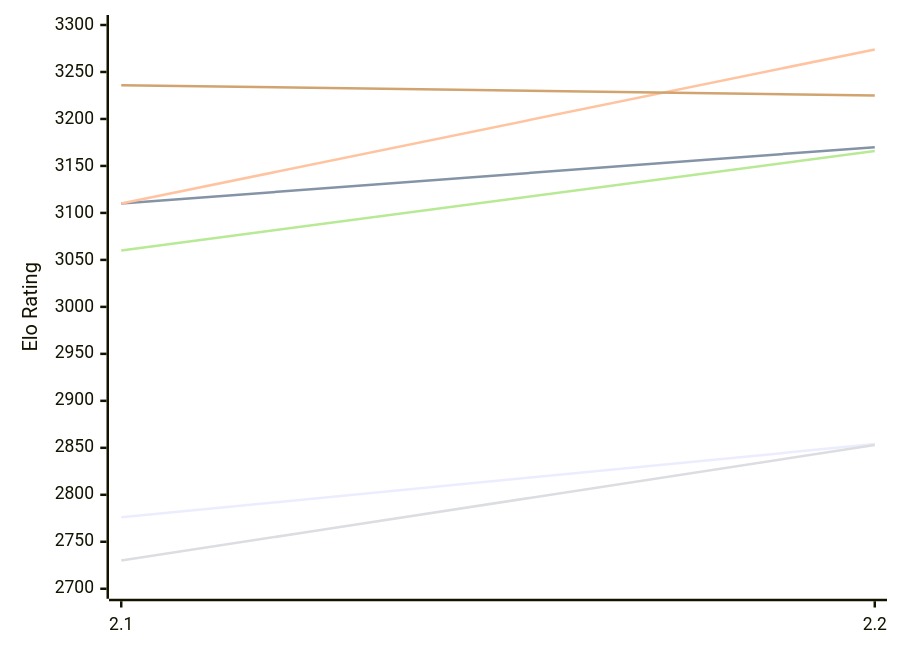
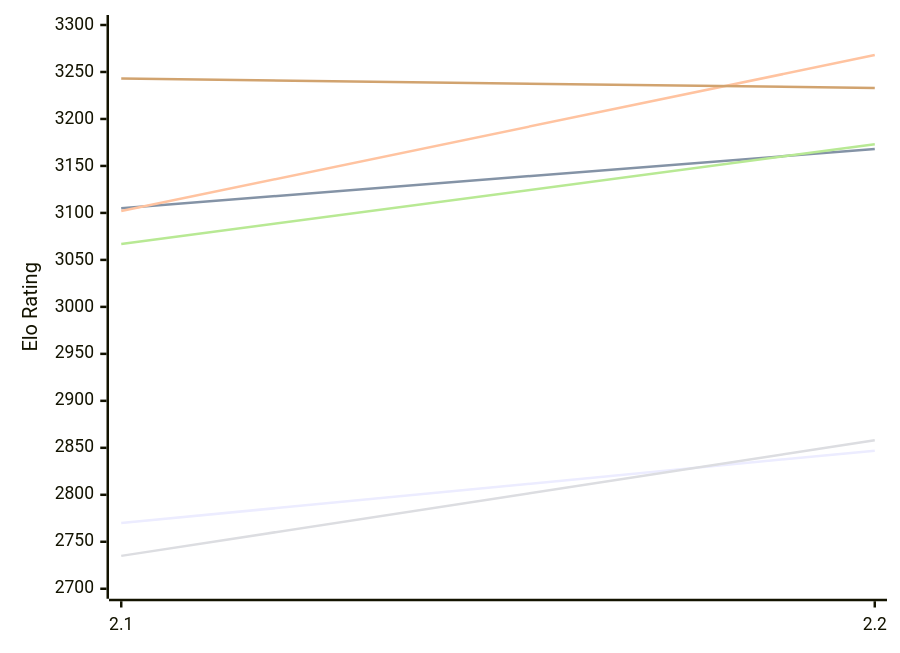
One commit to computer-chess-index/cci changed the first of 2 diagrams in engines/Tunguska.md. Above: the diagram before and after it, drawn with Mermaid. The commit also changed other lines of this file, not shown here.

Commit message:
Update CCI Ratings (ELO VLTC) - 2026-11-18

````diff
--- a/engines/Tunguska.md
+++ b/engines/Tunguska.md
@@ -51,12 +51,12 @@
 ```mermaid
 %%{init: {"theme":"base","themeVariables":{"seriesColors:['#a3a3a3','#222221','#faa371']}}}%%
 xychart-beta
   x-axis ["2.1", "2.2"]
   y-axis "Elo Rating" 2700 --> 3300
-  line "E1: STC (8.0+0.08s)" [2776, 2854]
-  line "E1: LTC (60.0+0.60s)" [3110, 3170]
-  line "E1: VLTC (2m24s+1.12s)" [3110, 3274]
-  line "P1: STC (8.0+0.08s)" [2730, 2853]
-  line "P1: LTC (60.0+0.60s)" [3060, 3166]
-  line "P1: VLTC (2m24s+1.12s)" [3236, 3225]
+  line "E1: STC (8.0+0.08s)" [2770, 2847]
+  line "E1: LTC (60.0+0.60s)" [3105, 3168]
+  line "E1: VLTC (2m24s+1.12s)" [3102, 3268]
+  line "P1: STC (8.0+0.08s)" [2735, 2858]
+  line "P1: LTC (60.0+0.60s)" [3067, 3173]
+  line "P1: VLTC (2m24s+1.12s)" [3243, 3233]
 ```
````
